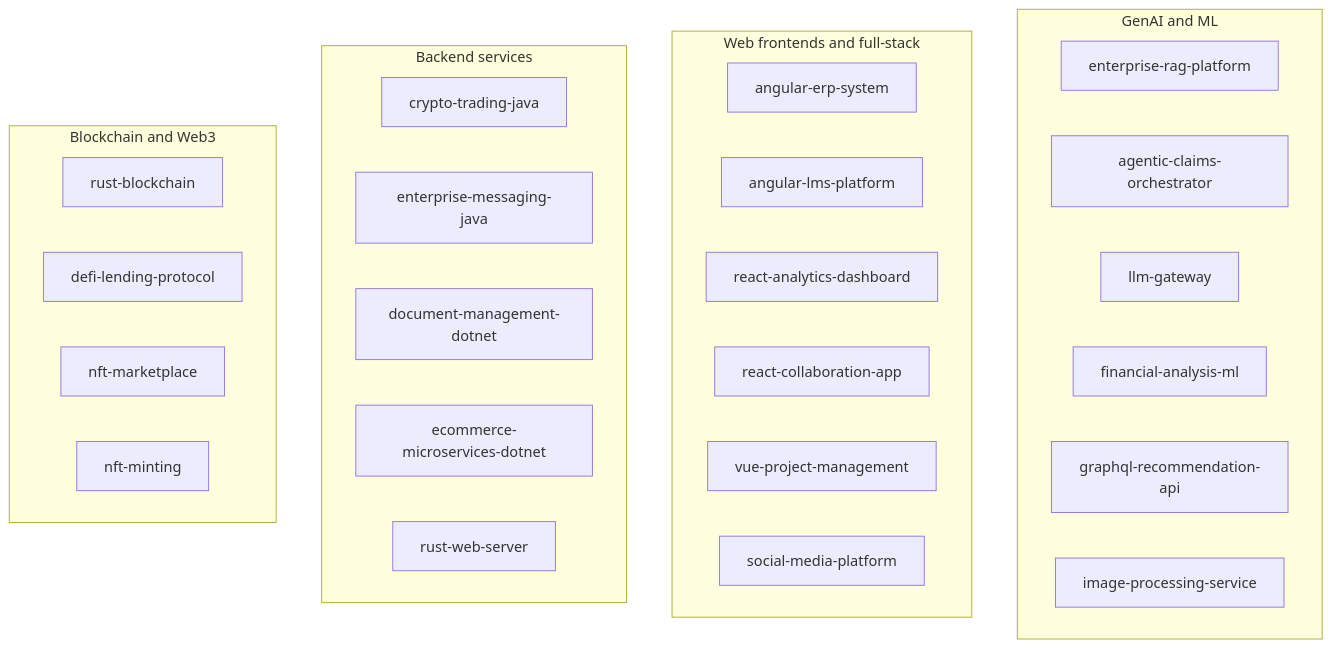
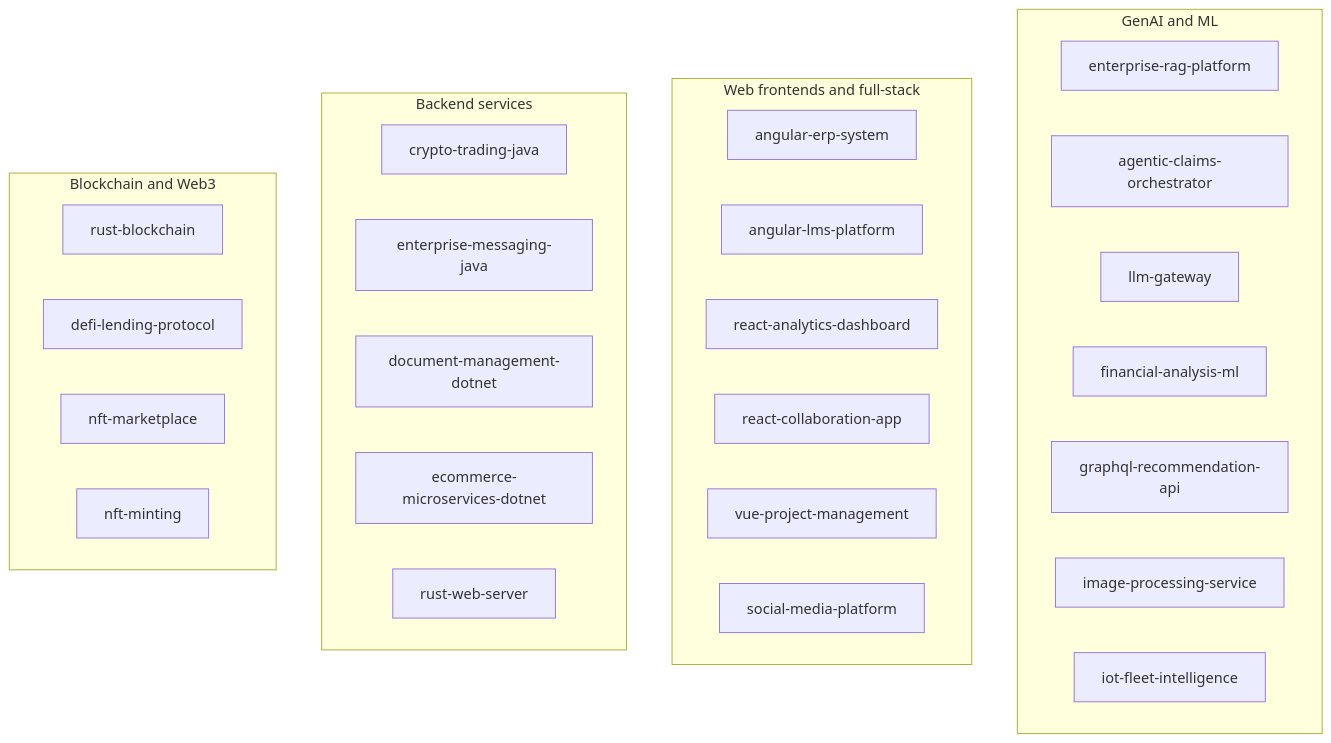
The second of 2 diagrams in README.md (oscar-rolando-alvarez/portfolio), drawn with Mermaid before and after one commit. The commit also changed other lines of this file and 1 other file, not shown here.

First line of the commit message:
docs: add iot-fleet-intelligence to the root README and Dependabot (#51)

````diff
--- a/README.md
+++ b/README.md
@@ -32,32 +35,33 @@
 ```mermaid
 flowchart TB
     subgraph genai["GenAI and ML"]
         rag["enterprise-rag-platform"]
         agents["agentic-claims-orchestrator"]
         gw["llm-gateway"]
         fin["financial-analysis-ml"]
         rec["graphql-recommendation-api"]
         img["image-processing-service"]
+        iot["iot-fleet-intelligence"]
     end
     subgraph web["Web frontends and full-stack"]
         erp["angular-erp-system"]
         lms["angular-lms-platform"]
         dash["react-analytics-dashboard"]
         collab["react-collaboration-app"]
         pm["vue-project-management"]
         social["social-media-platform"]
     end
     subgraph services["Backend services"]
         crypto["crypto-trading-java"]
         msg["enterprise-messaging-java"]
         docs["document-management-dotnet"]
         shop["ecommerce-microservices-dotnet"]
         rws["rust-web-server"]
     end
     subgraph chain["Blockchain and Web3"]
         rbc["rust-blockchain"]
         defi["defi-lending-protocol"]
         nftm["nft-marketplace"]
         mint["nft-minting"]
     end
 ```
````
